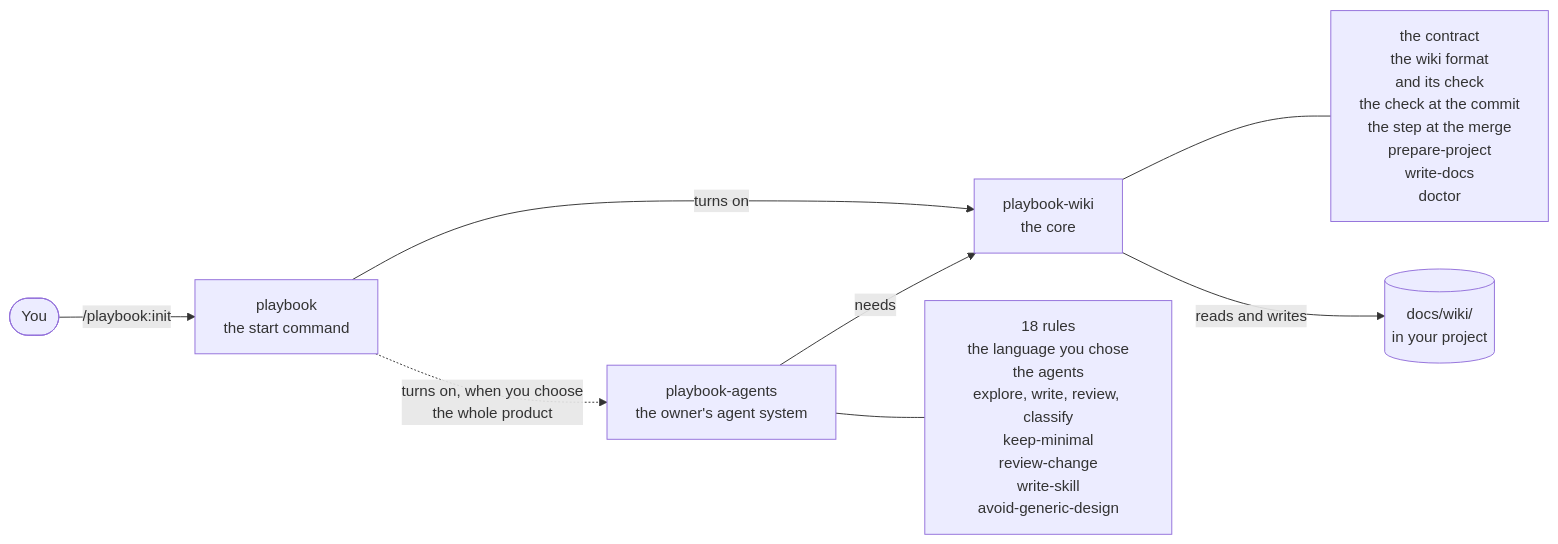
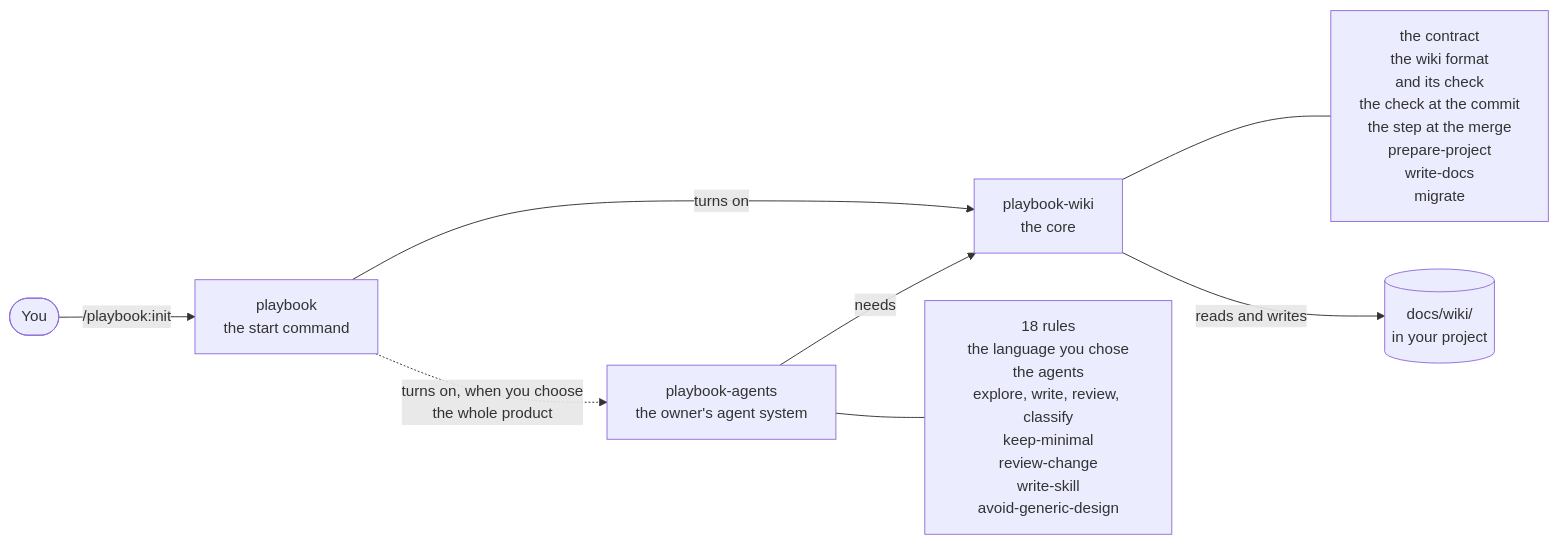
Before and after one commit to andresfrei/playbook: the first of 2 diagrams in docs/claude-code.md, drawn with Mermaid. The commit also changed other lines of this file and 54 other files, not shown here.

First line of the commit message:
feat: rename the doctor skill to migrate with no older-format knowledge

````diff
--- a/docs/claude-code.md
+++ b/docs/claude-code.md
@@ -7,10 +7,10 @@
 ```mermaid
 flowchart LR
   you([You]) -- "/playbook:init" --> init["playbook<br/>the start command"]
   init -- "turns on" --> wiki["playbook-wiki<br/>the core"]
   init -. "turns on, when you choose<br/>the whole product" .-> agents["playbook-agents<br/>the owner's agent system"]
   agents -- "needs" --> wiki
-  wiki --- wikiHolds["the contract<br/>the wiki format<br/>and its check<br/>the check at the commit<br/>the step at the merge<br/>prepare-project<br/>write-docs<br/>doctor"]
+  wiki --- wikiHolds["the contract<br/>the wiki format<br/>and its check<br/>the check at the commit<br/>the step at the merge<br/>prepare-project<br/>write-docs<br/>migrate"]
   agents --- agentsHolds["18 rules<br/>the language you chose<br/>the agents<br/>explore, write, review, classify<br/>keep-minimal<br/>review-change<br/>write-skill<br/>avoid-generic-design"]
   wiki -- "reads and writes" --> repo[("docs/wiki/<br/>in your project")]
 ```
````
